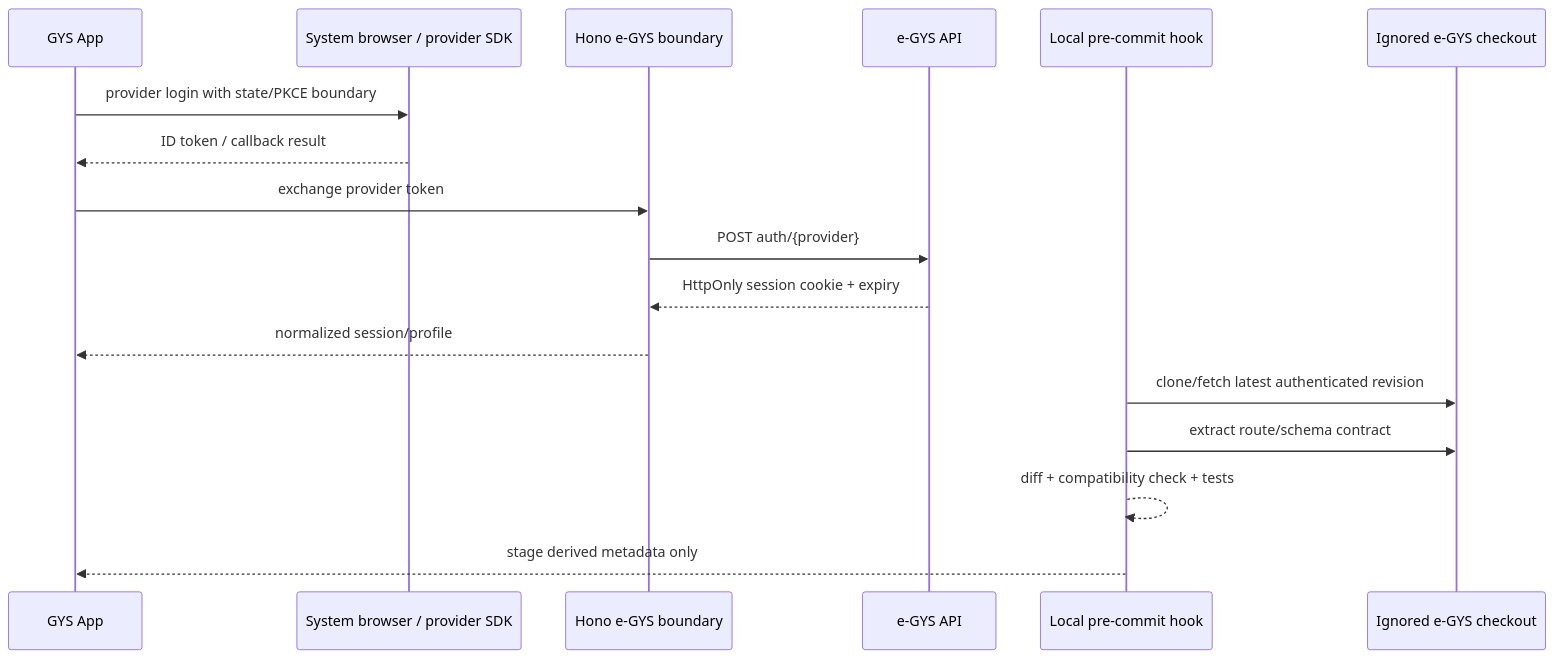
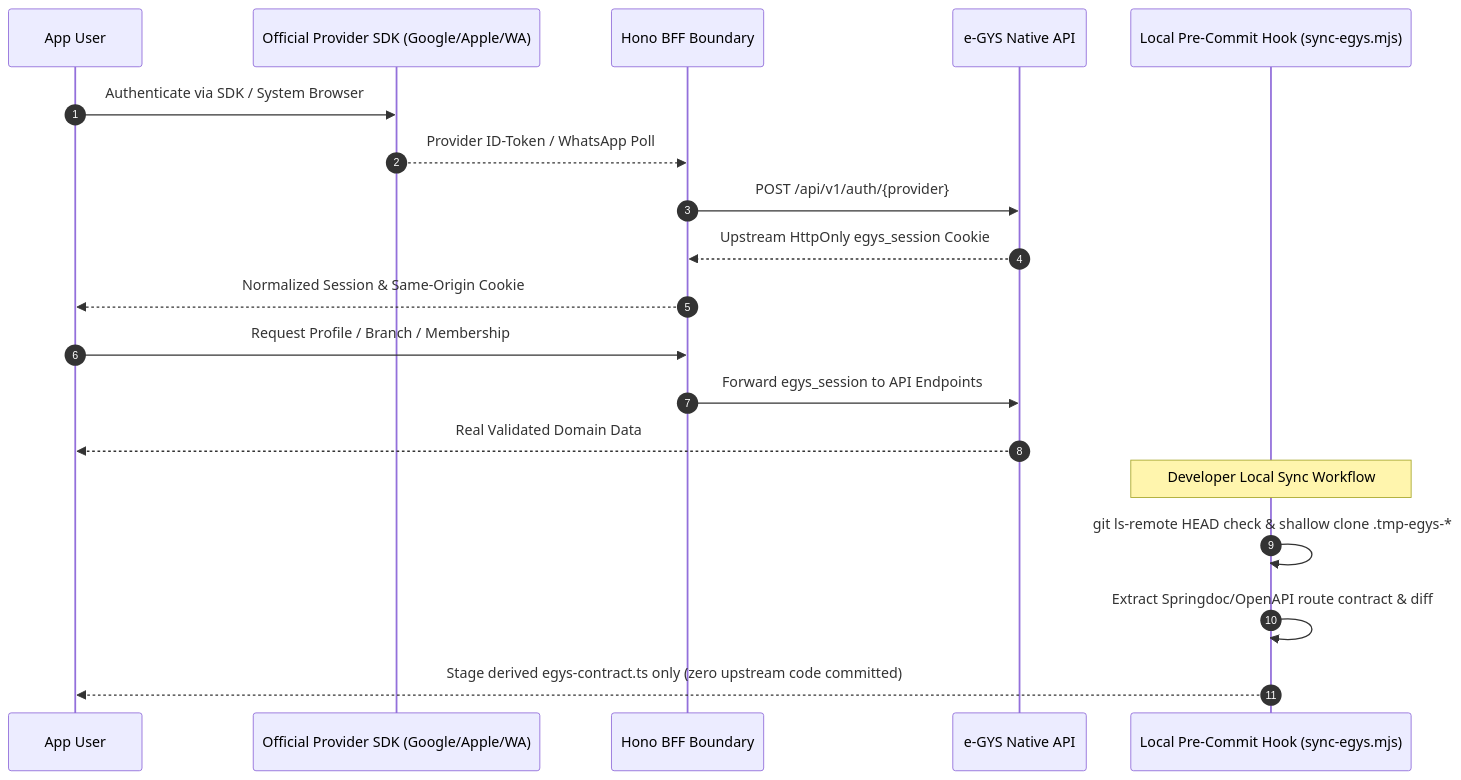
One commit to gyspnk/GYSApp-Tauri changed diagram 17 of 21 in docs/architecture.md. Above: the diagram before and after it, drawn with Mermaid. The commit also changed other lines of this file and 27 other files, not shown here.

Commit message:
feat: complete mobile worship hardening, quick goto drag navigation, synchronized split reading, and architecture documentation

````diff
--- a/docs/architecture.md
+++ b/docs/architecture.md
@@ -294,20 +380,22 @@
 ```mermaid
 sequenceDiagram
-  participant App as GYS App
-  participant Browser as System browser / provider SDK
-  participant BFF as Hono e-GYS boundary
-  participant API as e-GYS API
-  participant Hook as Local pre-commit hook
-  participant Checkout as Ignored e-GYS checkout
+  autonumber
+  participant User as App User
+  participant Provider as Official Provider SDK (Google/Apple/WA)
+  participant BFF as Hono BFF Boundary
+  participant EGYS as e-GYS Native API
+  participant Hook as Local Pre-Commit Hook (sync-egys.mjs)
 
-  App->>Browser: provider login with state/PKCE boundary
-  Browser-->>App: ID token / callback result
-  App->>BFF: exchange provider token
-  BFF->>API: POST auth/{provider}
-  API-->>BFF: HttpOnly session cookie + expiry
-  BFF-->>App: normalized session/profile
-  Hook->>Checkout: clone/fetch latest authenticated revision
-  Hook->>Checkout: extract route/schema contract
-  Hook-->>Hook: diff + compatibility check + tests
-  Hook-->>App: stage derived metadata only
+  User->>Provider: Authenticate via SDK / System Browser
+  Provider-->>BFF: Provider ID-Token / WhatsApp Poll
+  BFF->>EGYS: POST /api/v1/auth/{provider}
+  EGYS-->>BFF: Upstream HttpOnly egys_session Cookie
+  BFF-->>User: Normalized Session & Same-Origin Cookie
+  User->>BFF: Request Profile / Branch / Membership
+  BFF->>EGYS: Forward egys_session to API Endpoints
+  EGYS-->>User: Real Validated Domain Data
+  Note over Hook: Developer Local Sync Workflow
+  Hook->>Hook: git ls-remote HEAD check & shallow clone .tmp-egys-*
+  Hook->>Hook: Extract Springdoc/OpenAPI route contract & diff
+  Hook-->>User: Stage derived egys-contract.ts only (zero upstream code committed)
 ```
````
